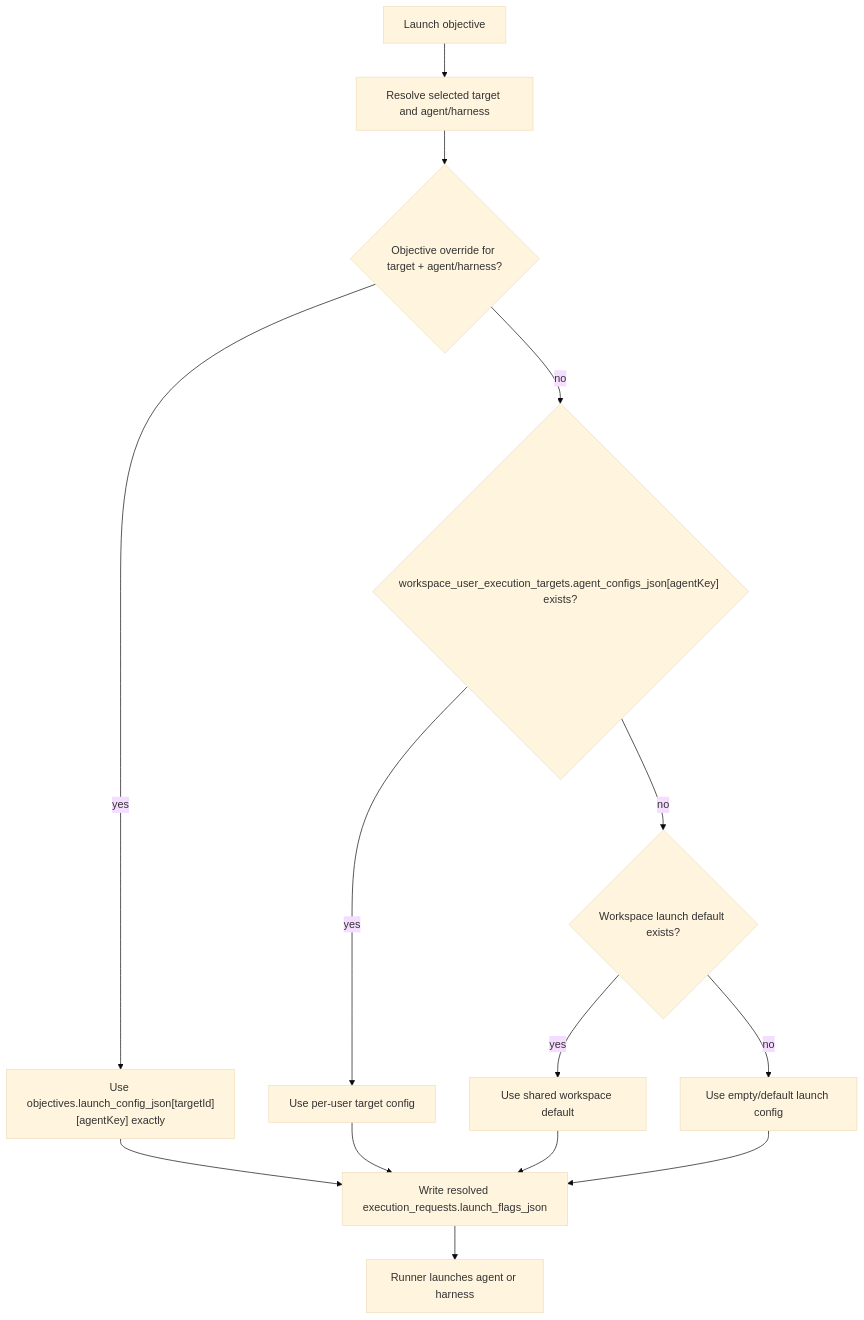
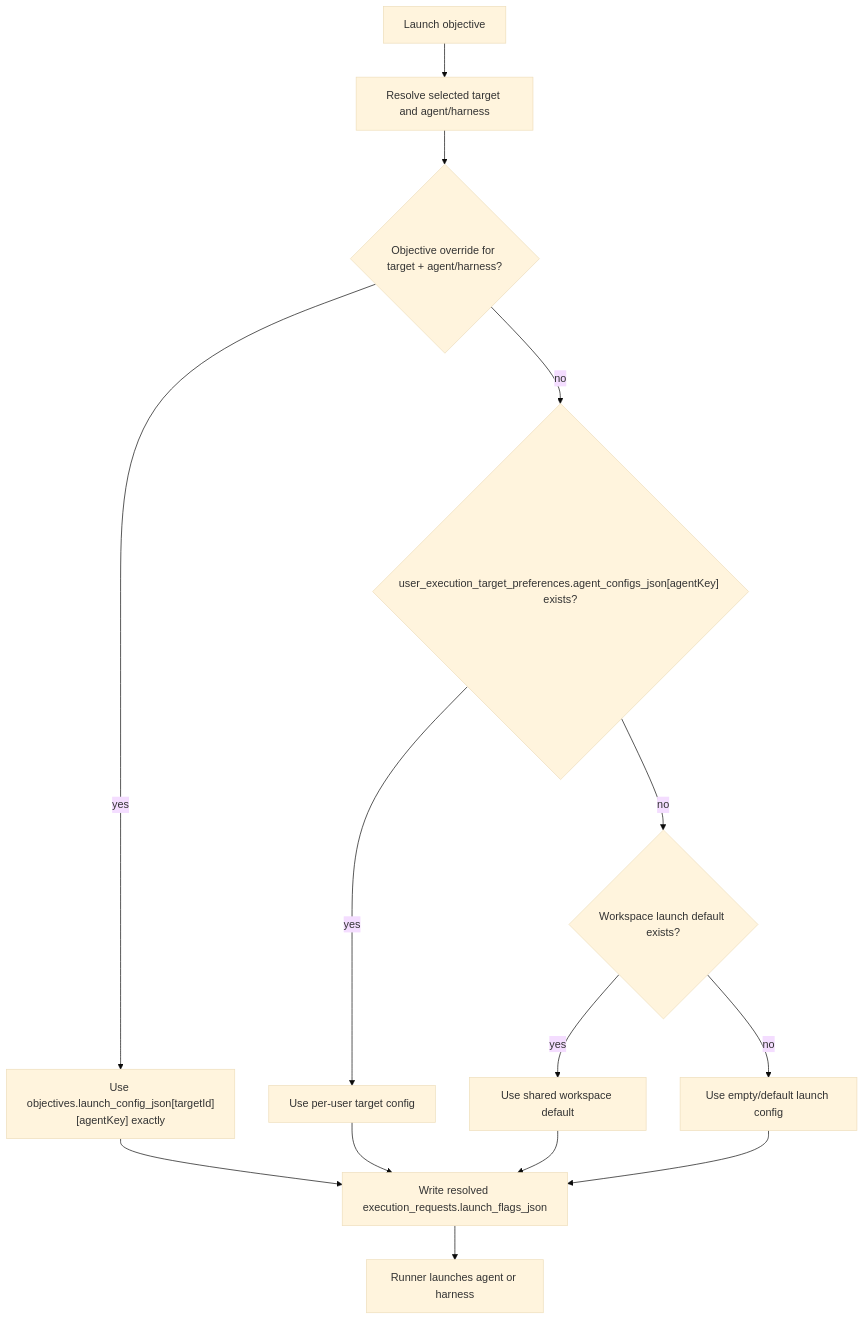
The third of 4 diagrams in connectors/docs/agent-harness-configuration-architecture.md (cooperativ-labs/OpenOverlord), drawn with Mermaid (base theme) before and after one commit. The commit also changed other lines of this file and 76 other files, not shown here.

````diff
--- a/connectors/docs/agent-harness-configuration-architecture.md
+++ b/connectors/docs/agent-harness-configuration-architecture.md
@@ -160,17 +169,17 @@
 ```mermaid
 flowchart TD
   Start["Launch objective"] --> Selected["Resolve selected target and agent/harness"]
   Selected --> HasOverride{"Objective override for target + agent/harness?"}
   HasOverride -- yes --> UseOverride["Use objectives.launch_config_json[targetId][agentKey] exactly"]
-  HasOverride -- no --> HasUserTarget{"workspace_user_execution_targets.agent_configs_json[agentKey] exists?"}
+  HasOverride -- no --> HasUserTarget{"user_execution_target_preferences.agent_configs_json[agentKey] exists?"}
   HasUserTarget -- yes --> UseUserTarget["Use per-user target config"]
   HasUserTarget -- no --> HasWorkspaceDefault{"Workspace launch default exists?"}
   HasWorkspaceDefault -- yes --> UseWorkspaceDefault["Use shared workspace default"]
   HasWorkspaceDefault -- no --> UseEmpty["Use empty/default launch config"]
 
   UseOverride --> Snapshot["Write resolved execution_requests.launch_flags_json"]
   UseUserTarget --> Snapshot
   UseWorkspaceDefault --> Snapshot
   UseEmpty --> Snapshot
   Snapshot --> Launch["Runner launches agent or harness"]
 ```
````
